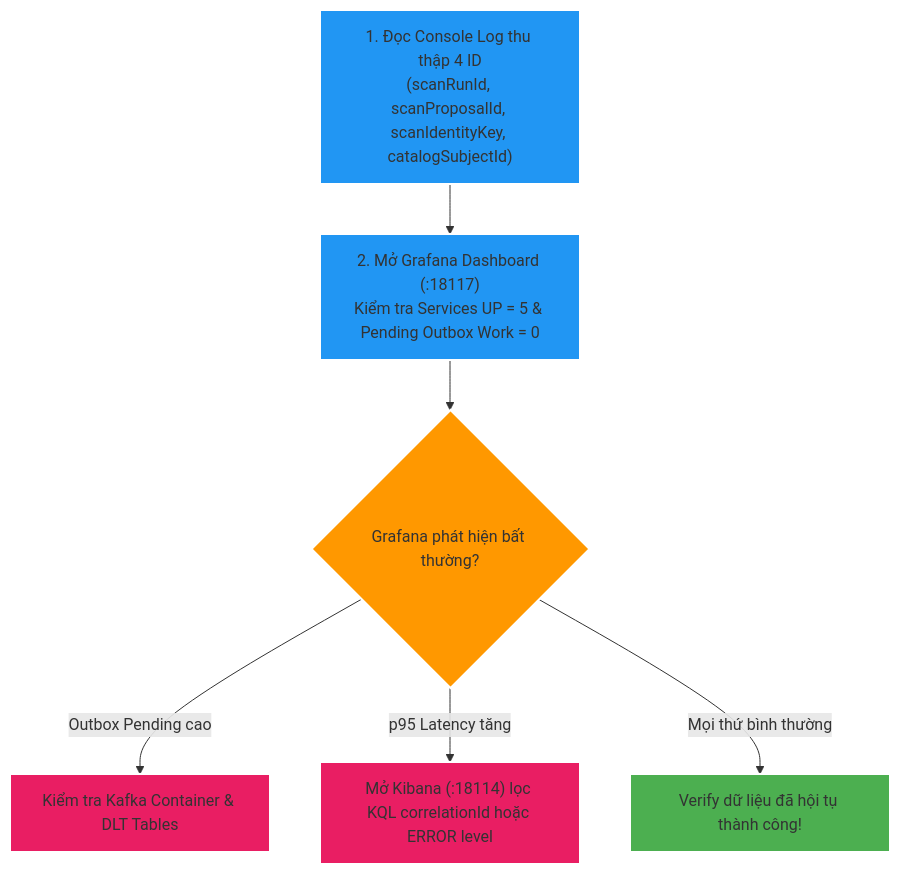
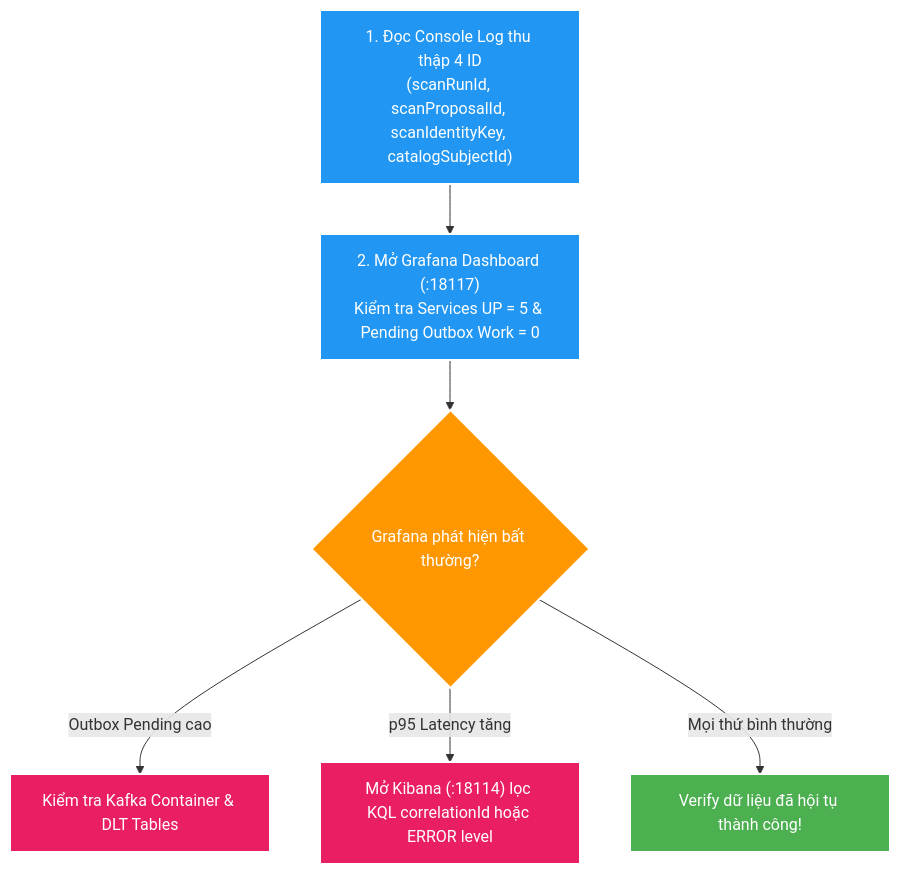
The second of 2 diagrams in manual/learning/deep-dive/01-observability-deep-dive.md (HungPhan200591/file-mngt-be-v2), drawn with Mermaid before and after one commit. The commit also changed other lines of this file and 1 other file, not shown here.

Commit message:
docs: add deep-dive learning materials for observability and transactional outbox pattern

````diff
--- a/manual/learning/deep-dive/01-observability-deep-dive.md
+++ b/manual/learning/deep-dive/01-observability-deep-dive.md
@@ -183,16 +183,16 @@
 ```mermaid
 flowchart TD
-    STEP1["1. Đọc Console Log thu thập 4 ID<br/>(scanRunId, scanProposalId, scanIdentityKey, catalogSubjectId)"] --> STEP2
-    STEP2["2. Mở Grafana Dashboard (:18117)<br/>Kiểm tra Services UP = 5 & Pending Outbox Work = 0"] --> STEP3
-    STEP3{"Grafana phát hiện bất thường?"}
-    STEP3 -->|Outbox Pending cao| STEP4A["Kiểm tra Kafka Container & DLT Tables"]
-    STEP3 -->|p95 Latency tăng| STEP4B["Mở Kibana (:18114) lọc KQL correlationId hoặc ERROR level"]
-    STEP3 -->|Mọi thứ bình thường| STEP4C["Verify dữ liệu đã hội tụ thành công!"]
+    STEP1["<font color='white'>1. Đọc Console Log thu thập 4 ID<br/>(scanRunId, scanProposalId, scanIdentityKey, catalogSubjectId)</font>"] --> STEP2
+    STEP2["<font color='white'>2. Mở Grafana Dashboard (:18117)<br/>Kiểm tra Services UP = 5 & Pending Outbox Work = 0</font>"] --> STEP3
+    STEP3{"<font color='white'>Grafana phát hiện bất thường?</font>"}
+    STEP3 -->|Outbox Pending cao| STEP4A["<font color='white'>Kiểm tra Kafka Container & DLT Tables</font>"]
+    STEP3 -->|p95 Latency tăng| STEP4B["<font color='white'>Mở Kibana (:18114) lọc KQL correlationId hoặc ERROR level</font>"]
+    STEP3 -->|Mọi thứ bình thường| STEP4C["<font color='white'>Verify dữ liệu đã hội tụ thành công!</font>"]
 
     style STEP1 fill:#2196F3,stroke:#fff,stroke-width:2px
     style STEP2 fill:#2196F3,stroke:#fff,stroke-width:2px
     style STEP3 fill:#FF9800,stroke:#fff,stroke-width:2px
     style STEP4A fill:#E91E63,stroke:#fff,stroke-width:2px
     style STEP4B fill:#E91E63,stroke:#fff,stroke-width:2px
     style STEP4C fill:#4CAF50,stroke:#fff,stroke-width:2px
 ```
````
